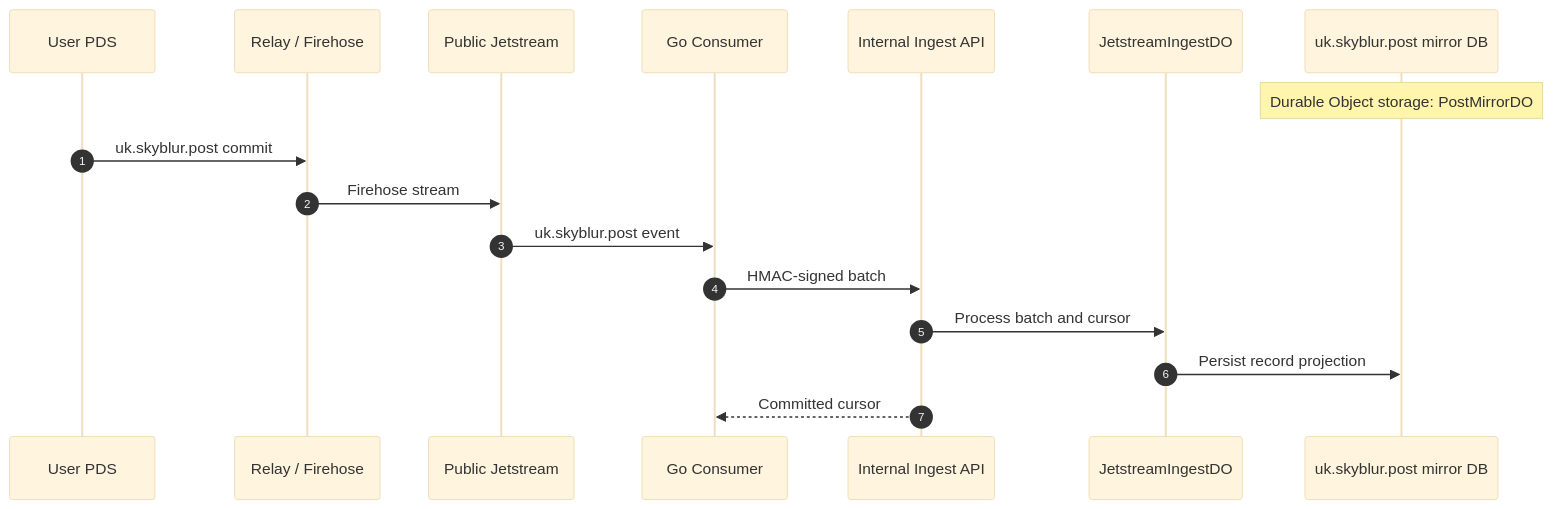
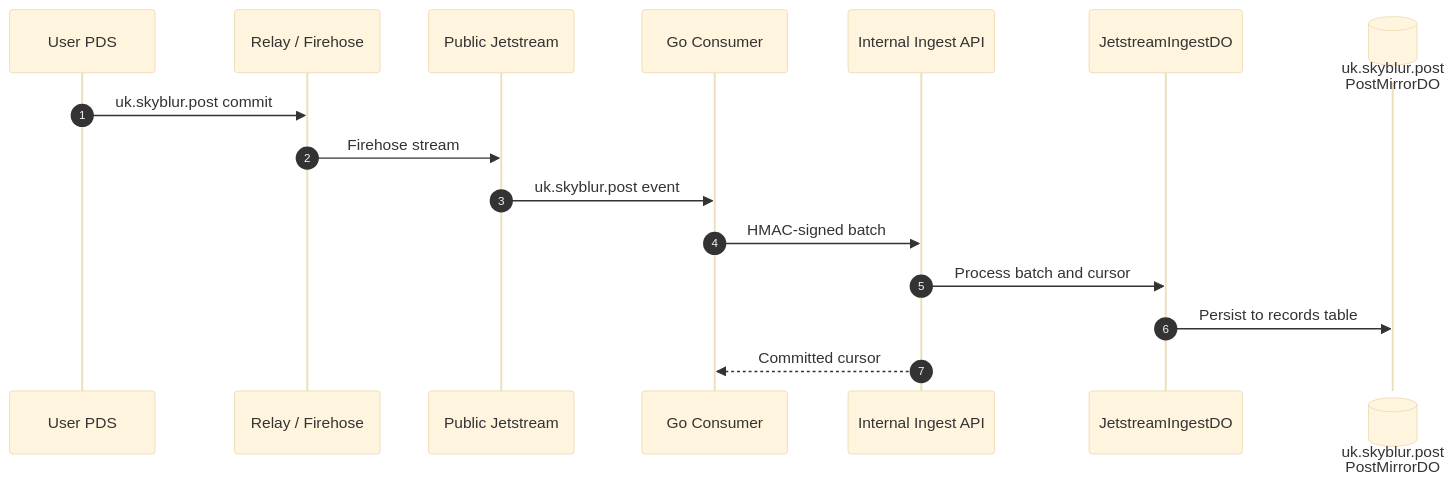
The fourth of 4 diagrams in README.md (usounds/Skyblur), drawn with Mermaid (base theme) before and after one commit. The commit also changed other lines of this file, not shown here.

Commit message:
Clarify PostMirrorDO and access flow diagrams

````diff
--- a/README.md
+++ b/README.md
@@ -108,20 +98,19 @@
 ```mermaid
 sequenceDiagram
     autonumber
     participant PDS as User PDS
     participant Relay as Relay / Firehose
     participant Jetstream as Public Jetstream
     participant Consumer as Go Consumer
     participant API as Internal Ingest API
     participant Ingest as JetstreamIngestDO
-    participant MirrorDB as uk.skyblur.post mirror DB
+    participant RecordsDB@{ "type": "database" } as uk.skyblur.post<br/>PostMirrorDO
 
-    Note over MirrorDB: Durable Object storage: PostMirrorDO
     PDS->>Relay: uk.skyblur.post commit
     Relay->>Jetstream: Firehose stream
     Jetstream->>Consumer: uk.skyblur.post event
     Consumer->>API: HMAC-signed batch
     API->>Ingest: Process batch and cursor
-    Ingest->>MirrorDB: Persist record projection
+    Ingest->>RecordsDB: Persist to records table
     API-->>Consumer: Committed cursor
 ```
````
